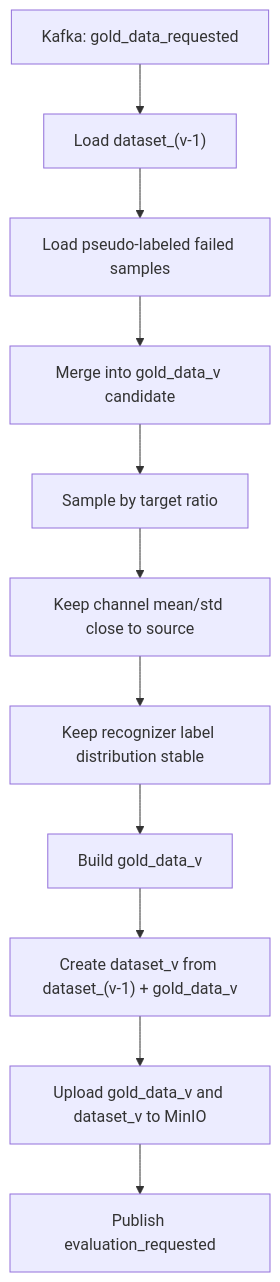
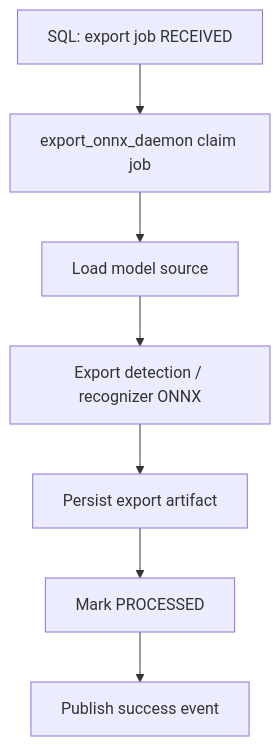
Diagram 11 of 13 in services/model-lifecycle-service/model-lifecycle-orchestrator-flow.md (khanhminhtk/overwatch-edge-ai), drawn with Mermaid before and after one commit. The commit also changed other lines of this file and 44 other files, not shown here.

````diff
--- a/services/model-lifecycle-service/model-lifecycle-orchestrator-flow.md
+++ b/services/model-lifecycle-service/model-lifecycle-orchestrator-flow.md
@@ -459,13 +749,9 @@
 ```mermaid
 flowchart TD
-    G1["Kafka: gold_data_requested"] --> G2["Load dataset_(v-1)"]
-    G2 --> G3["Load pseudo-labeled failed samples"]
-    G3 --> G4["Merge into gold_data_v candidate"]
-    G4 --> G5["Sample by target ratio"]
-    G5 --> G6["Keep channel mean/std close to source"]
-    G6 --> G7["Keep recognizer label distribution stable"]
-    G7 --> G8["Build gold_data_v"]
-    G8 --> G9["Create dataset_v from dataset_(v-1) + gold_data_v"]
-    G9 --> G10["Upload gold_data_v and dataset_v to MinIO"]
-    G10 --> G11["Publish evaluation_requested"]
+    E1["SQL: export job RECEIVED"] --> E2["export_onnx_daemon claim job"]
+    E2 --> E3["Load model source"]
+    E3 --> E4["Export detection / recognizer ONNX"]
+    E4 --> E5["Persist export artifact"]
+    E5 --> E6["Mark PROCESSED"]
+    E6 --> E7["Publish success event"]
 ```
````
